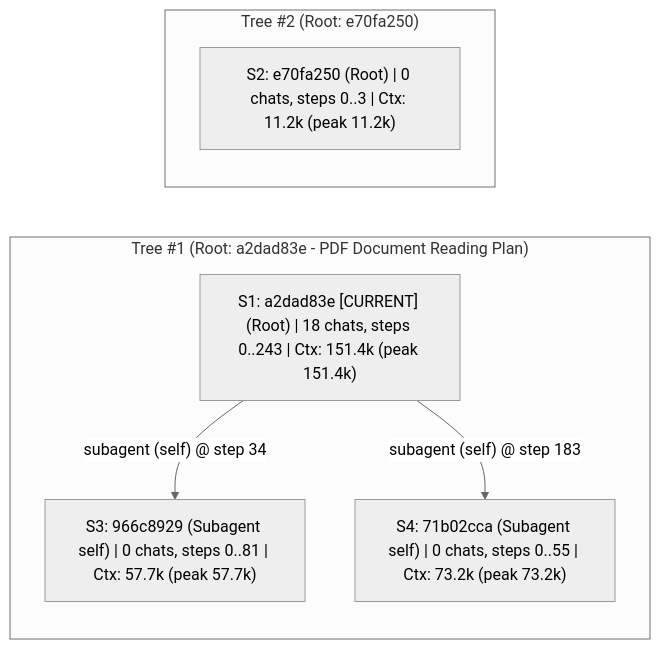
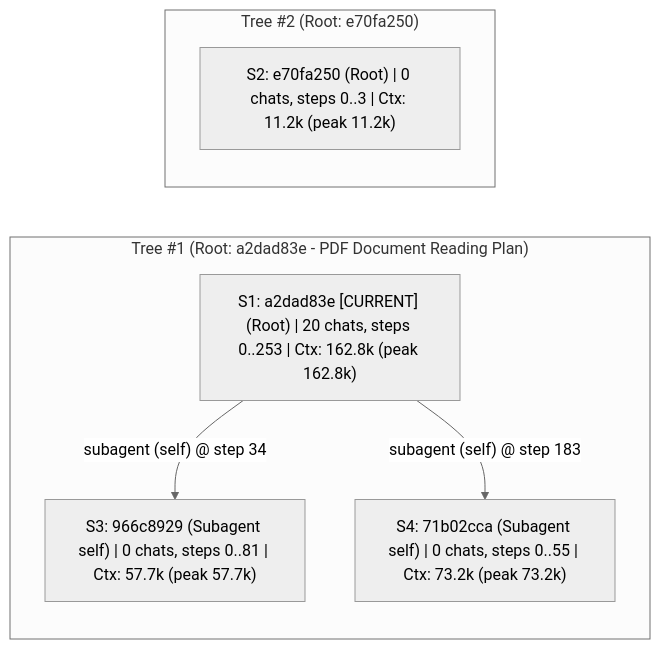
The diagram in .local-notes/PROJECT_HUB.md (iamqazolp/pigdata-dulieulon), drawn with Mermaid (neutral theme) before and after one commit. The commit also changed other lines of this file and 2 other files, not shown here.

````diff
--- a/.local-notes/PROJECT_HUB.md
+++ b/.local-notes/PROJECT_HUB.md
@@ -31,13 +32,13 @@
 ```mermaid
 flowchart LR
     subgraph T1["Tree #1 (Root: a2dad83e - PDF Document Reading Plan)"]
-        N1["S1: a2dad83e [CURRENT] (Root) | 18 chats, steps 0..243 | Ctx: 151.4k (peak 151.4k)"]
+        N1["S1: a2dad83e [CURRENT] (Root) | 20 chats, steps 0..253 | Ctx: 162.8k (peak 162.8k)"]
         N3["S3: 966c8929 (Subagent self) | 0 chats, steps 0..81 | Ctx: 57.7k (peak 57.7k)"]
         N4["S4: 71b02cca (Subagent self) | 0 chats, steps 0..55 | Ctx: 73.2k (peak 73.2k)"]
         N1 -- "subagent (self) @ step 34" --> N3
         N1 -- "subagent (self) @ step 183" --> N4
     end
     subgraph T2["Tree #2 (Root: e70fa250)"]
         N2["S2: e70fa250 (Root) | 0 chats, steps 0..3 | Ctx: 11.2k (peak 11.2k)"]
     end
 ```
````
